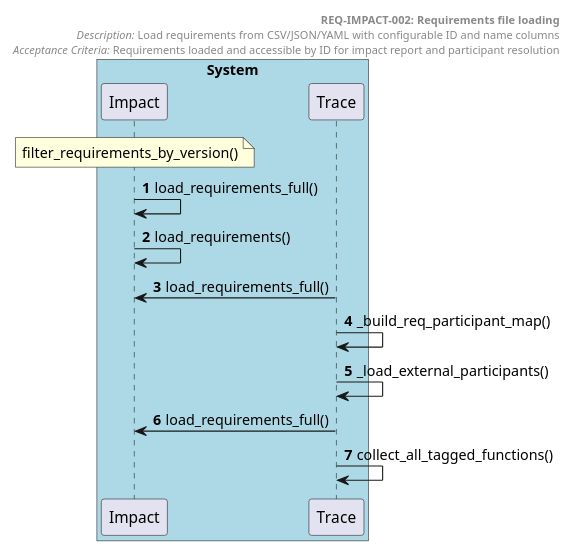
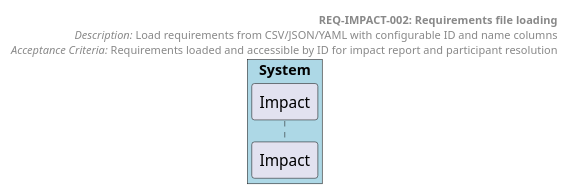
One commit to tvanfossen/doxygen-guard changed the diagram in docs/generated/sequences/REQ-IMPACT-002.puml. Above: the diagram before and after it, drawn with PlantUML. The commit also changed 35 other files, not shown here.

First line of the commit message:
Add tree-sitter AST pipeline for behavioral sequence diagrams

```diff
--- a/docs/generated/sequences/REQ-IMPACT-002.puml
+++ b/docs/generated/sequences/REQ-IMPACT-002.puml
@@ -1,25 +1,15 @@
 @startuml REQ-IMPACT-002 Requirements file loading
 autonumber
 
 box "System" #LightBlue
   participant "Impact" as Impact
-  participant "Trace" as Trace
 end box
 
 header
   **REQ-IMPACT-002: Requirements file loading**
   //Description:// Load requirements from CSV/JSON/YAML with configurable ID and name columns
   //Acceptance Criteria:// Requirements loaded and accessible by ID for impact report and participant resolution
 end header
 
-note over Impact: filter_requirements_by_version()
-
-Impact -> Impact: load_requirements_full()
-Impact -> Impact: load_requirements()
-Trace -> Impact: load_requirements_full()
-Trace -> Trace: _build_req_participant_map()
-Trace -> Trace: _load_external_participants()
-Trace -> Impact: load_requirements_full()
-Trace -> Trace: collect_all_tagged_functions()
 
 @enduml
```
